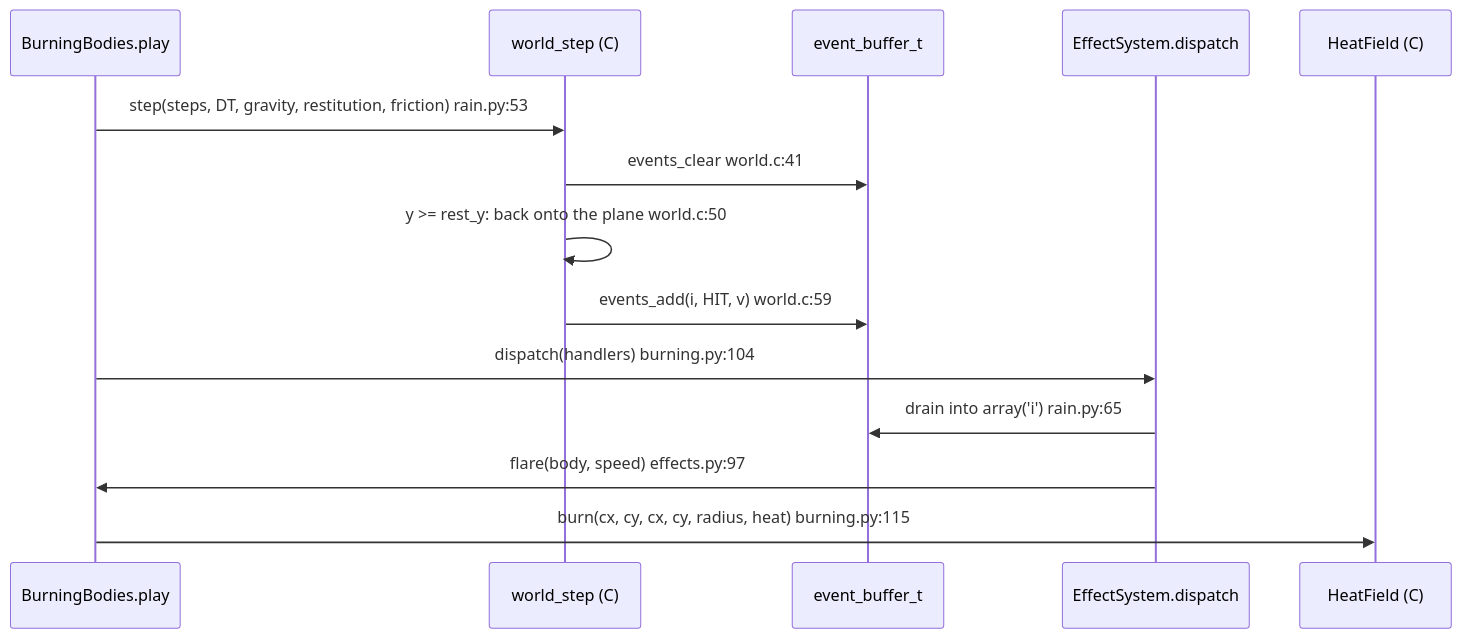
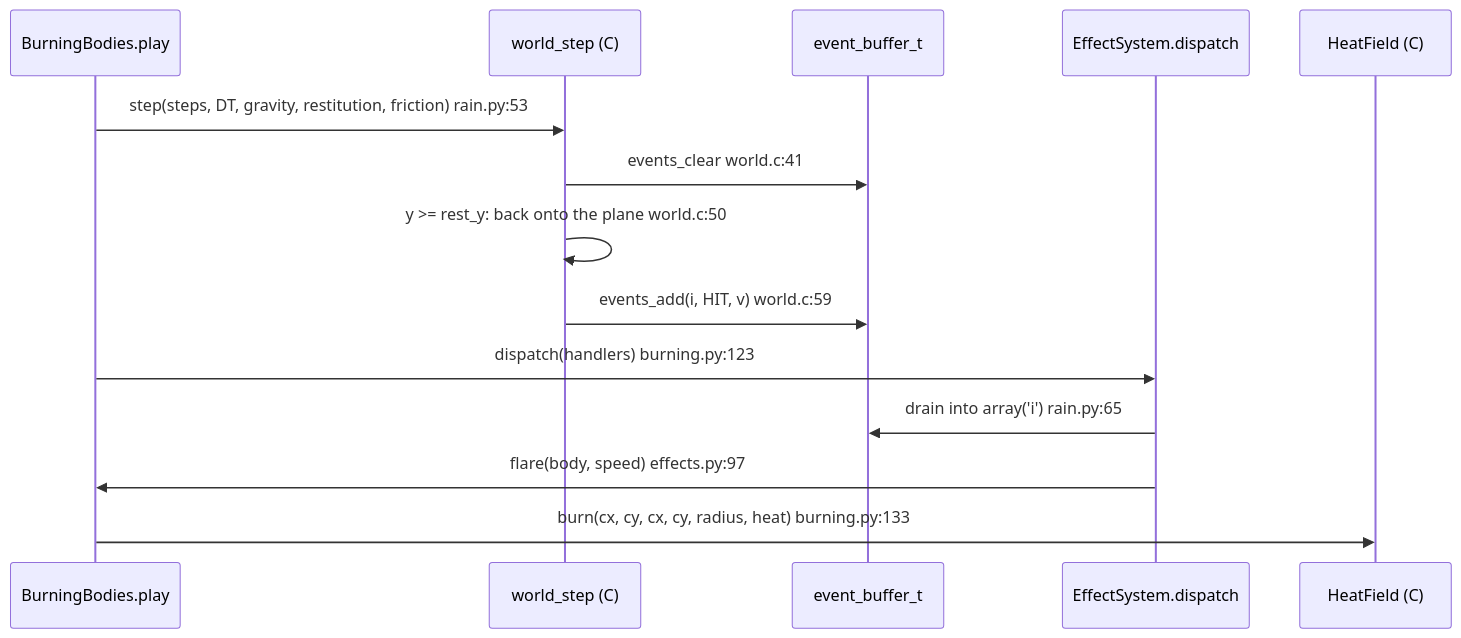
The second of 5 diagrams in docs/engine-deep-dives.md (xmejkal/pixel-games), drawn with Mermaid before and after one commit. The commit also changed other lines of this file and 3 other files, not shown here.

````diff
--- a/docs/engine-deep-dives.md
+++ b/docs/engine-deep-dives.md
@@ -144,16 +145,16 @@
 ```mermaid
 sequenceDiagram
     participant G as BurningBodies.play
     participant C as world_step (C)
     participant E as event_buffer_t
     participant S as EffectSystem.dispatch
     participant H as HeatField (C)
     G->>C: step(steps, DT, gravity, restitution, friction)  rain.py:53
     C->>E: events_clear  world.c:41
     C->>C: y >= rest_y: back onto the plane  world.c:50
     C->>E: events_add(i, HIT, v)  world.c:59
-    G->>S: dispatch(handlers)  burning.py:104
+    G->>S: dispatch(handlers)  burning.py:123
     S->>E: drain into array('i')  rain.py:65
     S->>G: flare(body, speed)  effects.py:97
-    G->>H: burn(cx, cy, cx, cy, radius, heat)  burning.py:115
+    G->>H: burn(cx, cy, cx, cy, radius, heat)  burning.py:133
 ```
````
